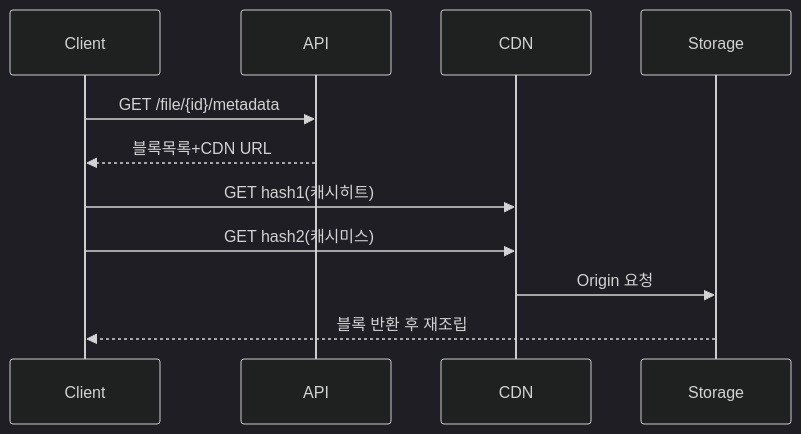
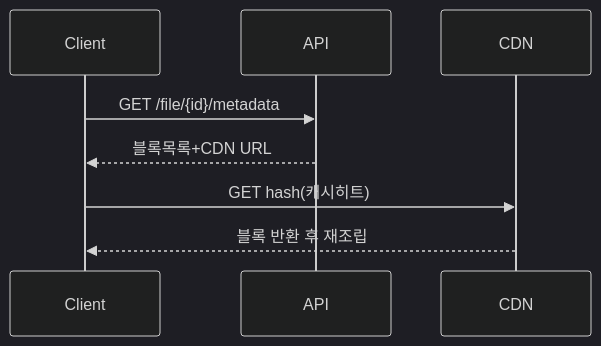
One commit to yjkim2015/yjkim2015.github.io changed the third of 8 diagrams in _posts/systemdesign/2026-05-03-system-design-file-storage.md. Above: the diagram before and after it, drawn with Mermaid (dark theme). The commit also changed other lines of this file and 155 other files, not shown here.

First line of the commit message:
Mermaid 전면 수정: subgraph 제거, participant/노드/줄수 축소 (342블록)

````diff
--- a/_posts/systemdesign/2026-05-03-system-design-file-storage.md
+++ b/_posts/systemdesign/2026-05-03-system-design-file-storage.md
@@ -183,13 +180,10 @@
 ```mermaid
 sequenceDiagram
     participant C as Client
     participant API
     participant CDN
-    participant BLOCK as Storage
     C->>API: GET /file/{id}/metadata
     API-->>C: 블록목록+CDN URL
-    C->>CDN: GET hash1(캐시히트)
-    C->>CDN: GET hash2(캐시미스)
-    CDN->>BLOCK: Origin 요청
-    BLOCK-->>C: 블록 반환 후 재조립
+    C->>CDN: GET hash(캐시히트)
+    CDN-->>C: 블록 반환 후 재조립
 ```
````
